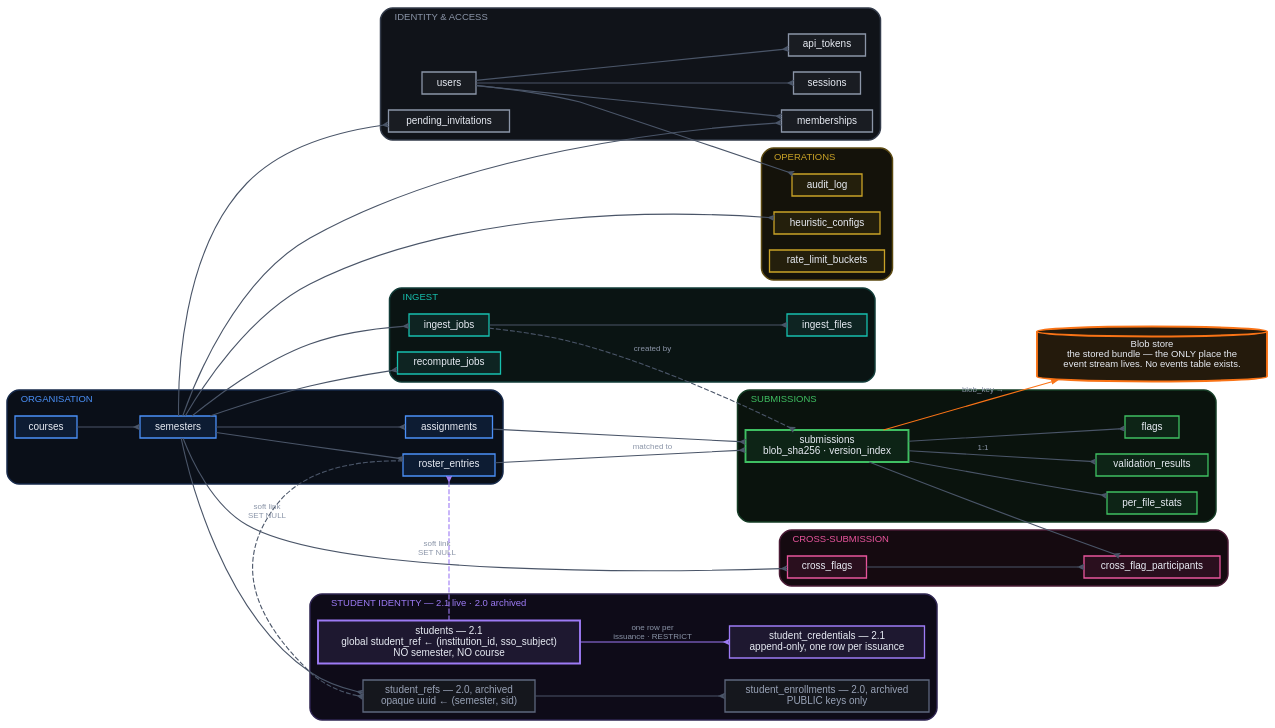
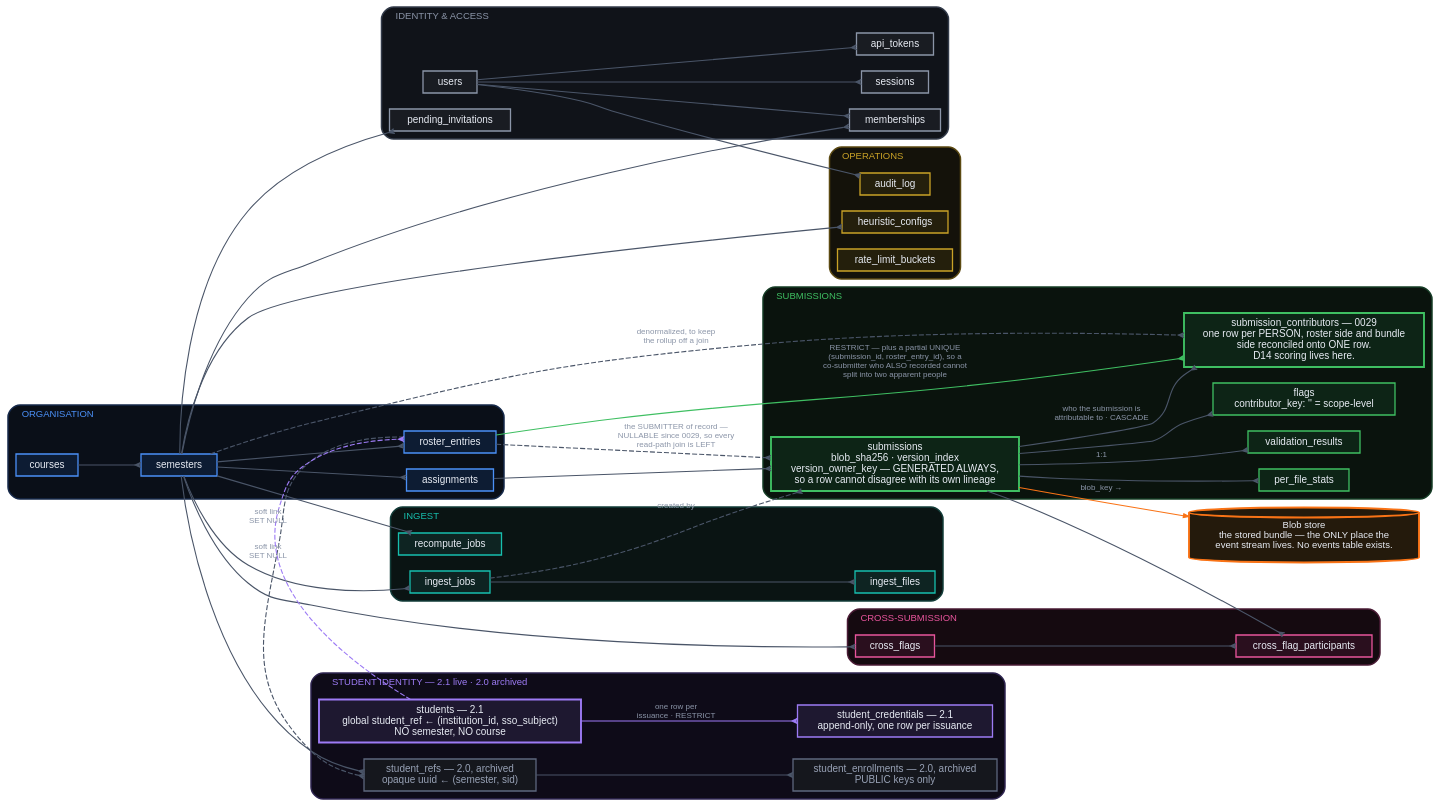
The diagram in tools/architecture/dot/er.dot (ProvenanceTools/provenance), drawn with Graphviz before and after one commit. The commit also changed 4 other files, not shown here.

First line of the commit message:
docs(architecture): the contributor join table, and the real table count

```diff
--- a/tools/architecture/dot/er.dot
+++ b/tools/architecture/dot/er.dot
@@ -1,111 +1,115 @@
 digraph er {
   bgcolor="transparent" rankdir=LR splines=spline compound=true
   nodesep=0.22 ranksep=0.85 fontname="Helvetica"
   node [shape=box style="filled" fontname="Helvetica" fontsize=10
         fontcolor="#e8ecf4" fillcolor="#161b26" color="#3a4457" penwidth=1.3
         margin="0.16,0.07" height=0.30]
   edge [fontname="Helvetica" fontsize=8 fontcolor="#8b95a8"
         color="#4a5568" arrowsize=0.55 penwidth=1.1 arrowhead=crow arrowtail=none dir=forward]
 
   subgraph cluster_id {
     label="  IDENTITY & ACCESS  " fontsize=9.5 fontcolor="#8b95a8" color="#333b4a"
     penwidth=1.5 style=rounded bgcolor="#101319" labeljust="l"
     node [fillcolor="#191c22" color="#8b95a8"]
     users     [label="users"]
     sessions  [label="sessions"]
     api_tokens[label="api_tokens"]
     memberships[label="memberships"]
     pending   [label="pending_invitations"]
   }
 
   subgraph cluster_org {
     label="  ORGANISATION  " fontsize=9.5 fontcolor="#4b90f7" color="#16294a"
     penwidth=1.5 style=rounded bgcolor="#0a0f18" labeljust="l"
     node [fillcolor="#0d1c33" color="#4b90f7"]
     courses   [label="courses"]
     semesters [label="semesters"]
     assignments[label="assignments"]
     roster    [label="roster_entries"]
   }
 
   subgraph cluster_enroll {
     label="  STUDENT IDENTITY — 2.1 live · 2.0 archived  " fontsize=9.5
     fontcolor="#9d7bf5" color="#2e2450"
     penwidth=1.5 style=rounded bgcolor="#0e0b18" labeljust="l"
     node [fillcolor="#1e1830" color="#9d7bf5"]
     students [label="students — 2.1\nglobal student_ref ← (institution_id, sso_subject)\nNO semester, NO course" penwidth=1.9]
     scred    [label="student_credentials — 2.1\nappend-only, one row per issuance"]
     srefs  [label="student_refs — 2.0, archived\nopaque uuid ← (semester, sid)"
             fillcolor="#15171d" color="#5d677d" fontcolor="#98a2b6"]
     senr   [label="student_enrollments — 2.0, archived\nPUBLIC keys only"
             fillcolor="#15171d" color="#5d677d" fontcolor="#98a2b6"]
   }
 
   subgraph cluster_sub {
     label="  SUBMISSIONS  " fontsize=9.5 fontcolor="#3fbf62" color="#153c25"
     penwidth=1.5 style=rounded bgcolor="#0a130d" labeljust="l"
     node [fillcolor="#0d2416" color="#3fbf62"]
-    submissions[label="submissions\nblob_sha256 · version_index" penwidth=1.9]
+    submissions[label="submissions\nblob_sha256 · version_index\nversion_owner_key — GENERATED ALWAYS,\nso a row cannot disagree with its own lineage" penwidth=1.9]
+    subcontrib[label="submission_contributors — 0029\none row per PERSON, roster side and bundle\nside reconciled onto ONE row.\nD14 scoring lives here." penwidth=1.9]
     stats     [label="per_file_stats"]
     valres    [label="validation_results"]
-    flags     [label="flags"]
+    flags     [label="flags\ncontributor_key: '' = scope-level"]
   }
 
   subgraph cluster_x {
     label="  CROSS-SUBMISSION  " fontsize=9.5 fontcolor="#e8559c" color="#4a1b35"
     penwidth=1.5 style=rounded bgcolor="#150a10" labeljust="l"
     node [fillcolor="#2a0f1e" color="#e8559c"]
     xflags    [label="cross_flags"]
     xparts    [label="cross_flag_participants"]
   }
 
   subgraph cluster_ing {
     label="  INGEST  " fontsize=9.5 fontcolor="#17bfae" color="#123c38"
     penwidth=1.5 style=rounded bgcolor="#0a1413" labeljust="l"
     node [fillcolor="#0e2422" color="#17bfae"]
     ijobs     [label="ingest_jobs"]
     ifiles    [label="ingest_files"]
     rjobs     [label="recompute_jobs"]
   }
 
   subgraph cluster_ops {
     label="  OPERATIONS  " fontsize=9.5 fontcolor="#c9a227" color="#5c4a12"
     penwidth=1.5 style=rounded bgcolor="#14120a" labeljust="l"
     node [fillcolor="#241f0c" color="#c9a227"]
     hcfg      [label="heuristic_configs"]
     audit     [label="audit_log"]
     rate      [label="rate_limit_buckets"]
   }
 
   blobstore [label="Blob store\nthe stored bundle — the ONLY place the\nevent stream lives. No events table exists."
              shape=cylinder fillcolor="#241a0c" color="#F97316" fontsize=9.5 penwidth=1.9]
 
   users -> sessions
   users -> api_tokens
   users -> memberships
   courses -> semesters
   semesters -> memberships
   semesters -> assignments
   semesters -> roster
   semesters -> pending
   semesters -> hcfg
   semesters -> ijobs
   assignments -> submissions
-  roster -> submissions [label="matched to"]
+  roster -> submissions [label="the SUBMITTER of record —\nNULLABLE since 0029, so every\nread-path join is LEFT" style=dashed]
+  submissions -> subcontrib [label="who the submission is\nattributable to · CASCADE"]
+  roster -> subcontrib [label="RESTRICT — plus a partial UNIQUE\n(submission_id, roster_entry_id), so a\nco-submitter who ALSO recorded cannot\nsplit into two apparent people" color="#3fbf62"]
+  semesters -> subcontrib [label="denormalized, to keep\nthe rollup off a join" style=dashed]
   semesters -> srefs
   roster -> srefs [label="soft link\nSET NULL" style=dashed]
   srefs -> senr
   students -> scred [label="one row per\nissuance · RESTRICT" color="#9d7bf5"]
   students -> roster [label="soft link\nSET NULL" style=dashed color="#9d7bf5"]
   submissions -> stats
   submissions -> valres  [label="1:1"]
   submissions -> flags
   submissions -> xparts
   xflags -> xparts
   semesters -> xflags
   ijobs -> ifiles
   ijobs -> submissions [label="created by" style=dashed]
   semesters -> rjobs
   users -> audit
   submissions -> blobstore [label="blob_key →" color="#F97316" arrowhead=normal]
 }
```
